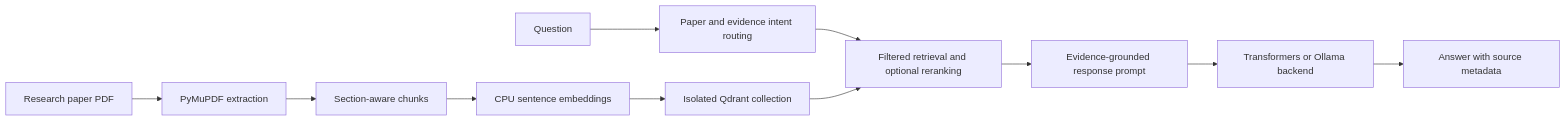
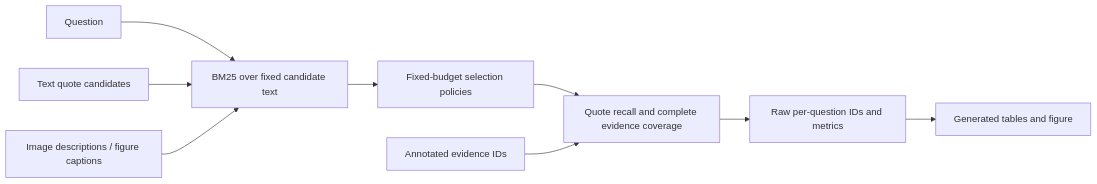
Before and after one commit to likhith1253/DocRag: the diagram in README.md, drawn with Mermaid. The commit also changed other lines of this file and 33 other files, not shown here.

````diff
--- a/README.md
+++ b/README.md
@@ -85,13 +57,11 @@
 ```mermaid
 flowchart LR
-  PDF[Research paper PDF] --> PARSE[PyMuPDF extraction]
-  PARSE --> CHUNK[Section-aware chunks]
-  CHUNK --> EMBED[CPU sentence embeddings]
-  EMBED --> STORE[Isolated Qdrant collection]
-  Q[Question] --> ROUTE[Paper and evidence intent routing]
-  ROUTE --> RET[Filtered retrieval and optional reranking]
-  STORE --> RET
-  RET --> GROUNDED[Evidence-grounded response prompt]
-  GROUNDED --> LLM[Transformers or Ollama backend]
-  LLM --> OUT[Answer with source metadata]
+  Q[Question] --> SCORE[BM25 over fixed candidate text]
+  T[Text quote candidates] --> SCORE
+  I[Image descriptions / figure captions] --> SCORE
+  SCORE --> SELECT[Fixed-budget selection policies]
+  SELECT --> METRIC[Quote recall and complete evidence coverage]
+  GOLD[Annotated evidence IDs] --> METRIC
+  METRIC --> RAW[Raw per-question IDs and metrics]
+  RAW --> PAPER[Generated tables and figure]
 ```
````
